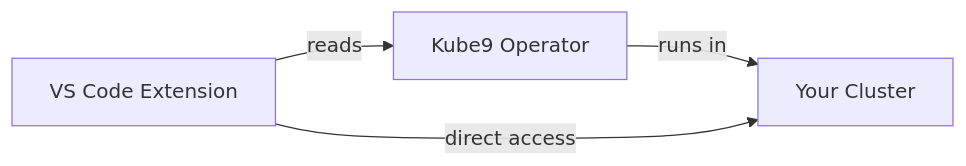
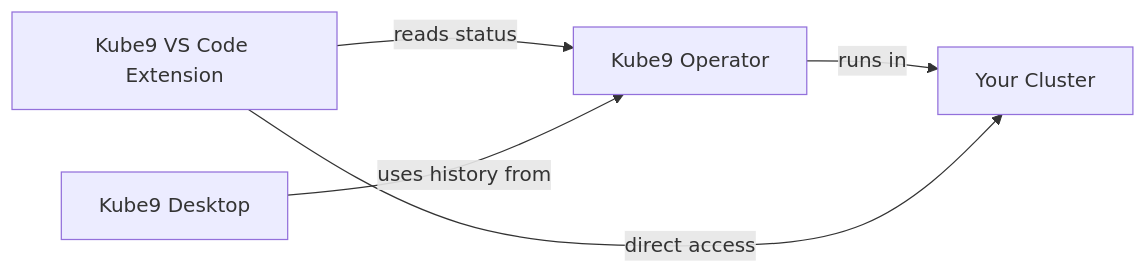
Before and after one commit to alto9/alto9.github.io: the diagram in docs/kube9/index.md, drawn with Mermaid. The commit also changed other lines of this file and 4 other files, not shown here.

````diff
--- a/docs/kube9/index.md
+++ b/docs/kube9/index.md
@@ -42,6 +42,7 @@
 ```mermaid
 graph LR
-    A[VS Code Extension] -->|reads| B[Kube9 Operator]
-    B -->|runs in| C[Your Cluster]
-    A -->|direct access| C
+    vscode[Kube9 VS Code Extension] -->|reads status| operator[Kube9 Operator]
+    operator -->|runs in| cluster[Your Cluster]
+    vscode -->|direct access| cluster
+    desktop[Kube9 Desktop] -->|uses history from| operator
 ```
````
